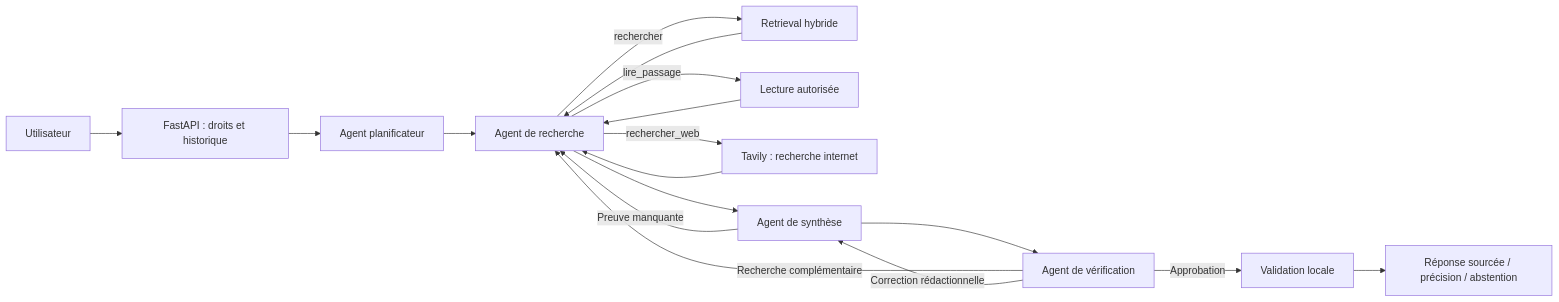
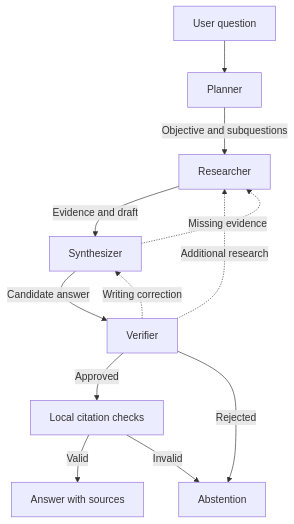
One commit to Manda404/Agentic-AI-Chat-System changed the first of 2 diagrams in README.md. Above: the diagram before and after it, drawn with Mermaid. The commit also changed other lines of this file and 106 other files, not shown here.

````diff
--- a/README.md
+++ b/README.md
@@ -7,19 +18,14 @@
 ```mermaid
-flowchart LR
-  U[Utilisateur] --> API[FastAPI : droits et historique]
-  API --> Planner[Agent planificateur]
-  Planner --> A[Agent de recherche]
-  A -->|rechercher| R[Retrieval hybride]
-  A -->|lire_passage| P[Lecture autorisée]
-  A -->|rechercher_web| W[Tavily : recherche internet]
-  W --> A
-  R --> A
-  P --> A
-  A --> S[Agent de synthèse]
-  S --> C[Agent de vérification]
-  C -->|Recherche complémentaire| A
-  C -->|Correction rédactionnelle| S
-  S -->|Preuve manquante| A
-  C -->|Approbation| V[Validation locale]
-  V --> F[Réponse sourcée / précision / abstention]
+flowchart TD
+    U[User question] --> P[Planner]
+    P -->|Objective and subquestions| R[Researcher]
+    R -->|Evidence and draft| S[Synthesizer]
+    S -->|Candidate answer| V[Verifier]
+    S -.->|Missing evidence| R
+    V -.->|Additional research| R
+    V -.->|Writing correction| S
+    V -->|Approved| C[Local citation checks]
+    V -->|Rejected| A[Abstention]
+    C -->|Valid| F[Answer with sources]
+    C -->|Invalid| A
 ```
````
